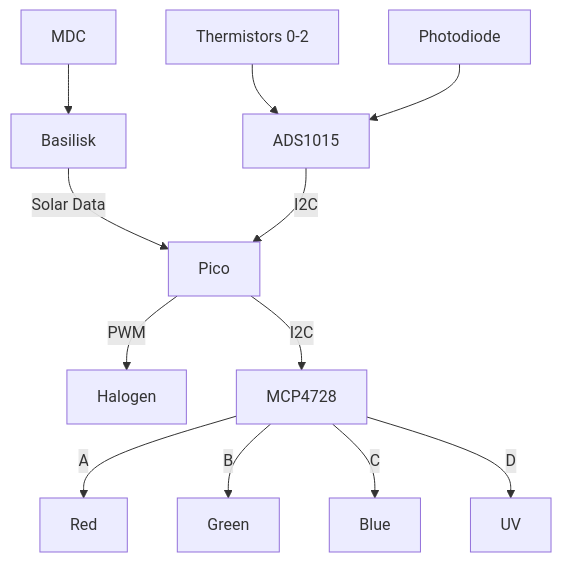
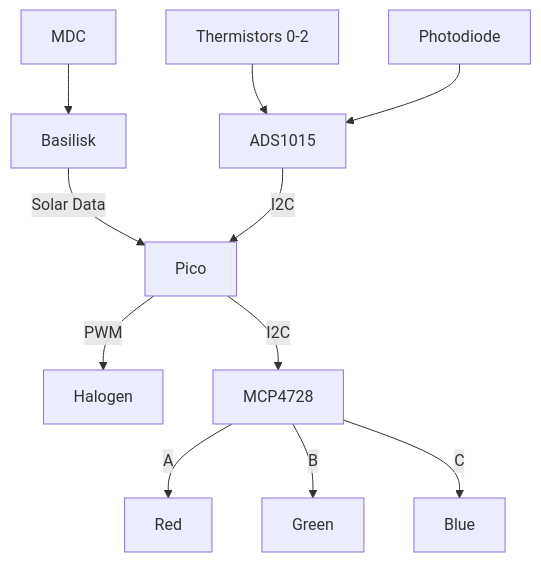
The diagram in README.md (oresat/oresat-solar-simulator-software), drawn with Mermaid before and after one commit. The commit also changed 17 other files, not shown here.

````diff
--- a/README.md
+++ b/README.md
@@ -19,14 +19,13 @@
 ```mermaid
 graph TD
     A[MDC] --> B[Basilisk]
     B -->|Solar Data| C[Pico]
     C -->|PWM| H[Halogen]
     E[ADS1015] -->|I2C| C
     C -->|I2C| F[MCP4728]
     T1[Thermistors 0-2] --> E
     PD[Photodiode] --> E
     F -->|A| R[Red]
     F -->|B| G[Green]
     F -->|C| L[Blue]
-    F -->|D| UV[UV]
 ```
````
